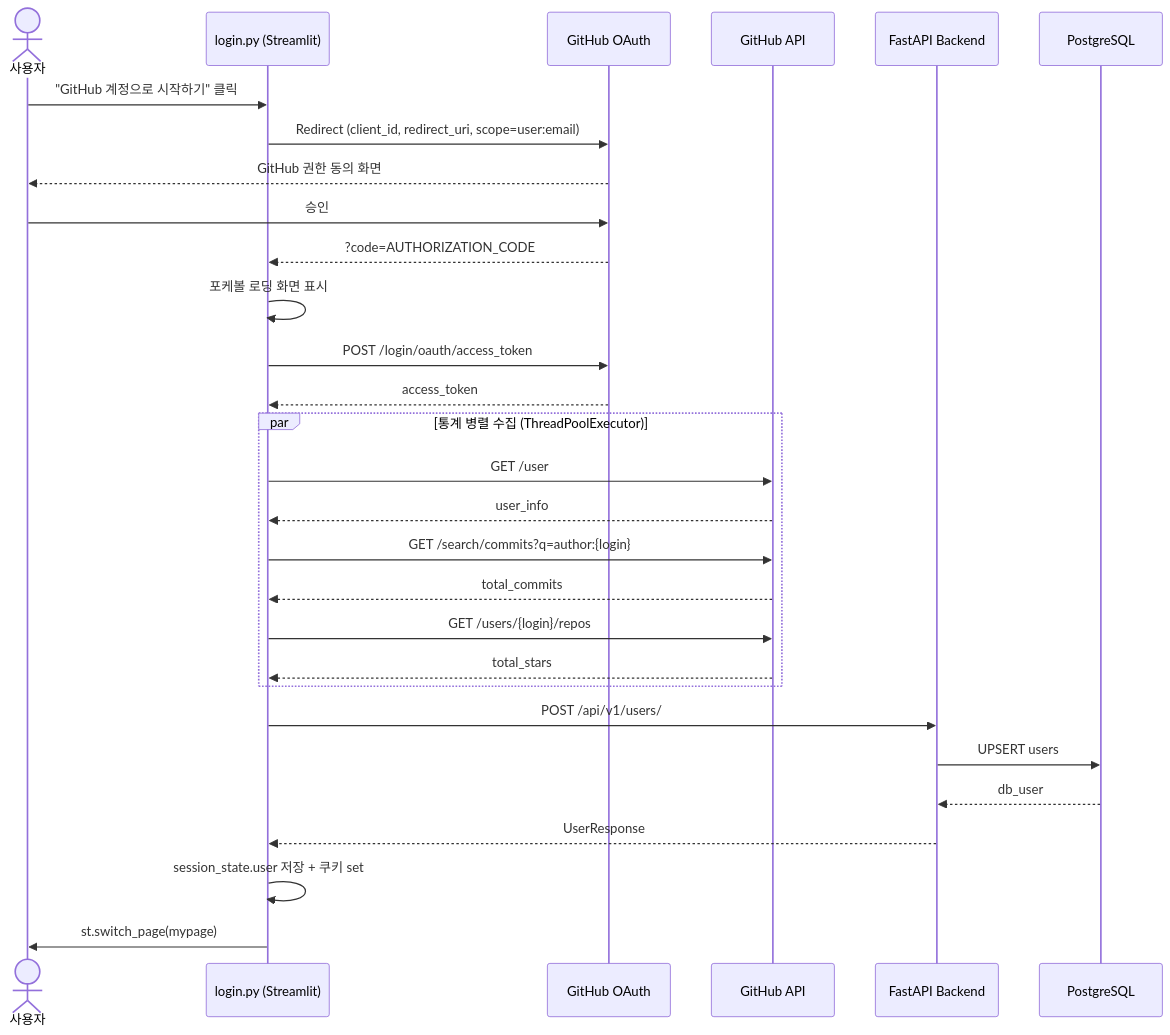
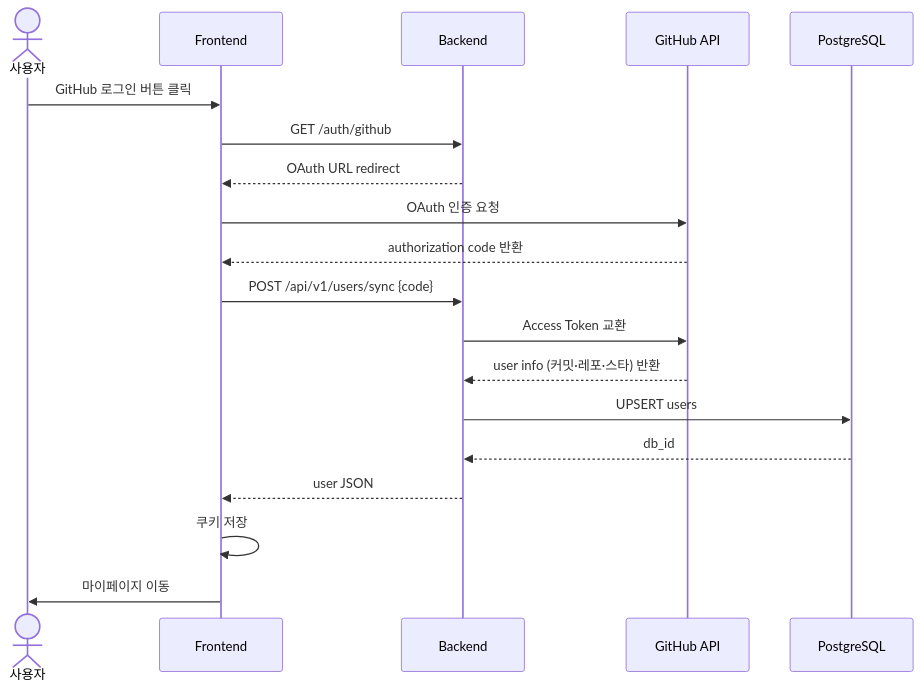
Before and after one commit to SKNETWORKS-FAMILY-AICAMP/SKN27-3rd-3TEAM: the sixth of 10 diagrams in README.md, drawn with Mermaid. The commit also changed other lines of this file and 1 other file, not shown here.

````diff
--- a/README.md
+++ b/README.md
@@ -328,36 +386,22 @@
 ```mermaid
 sequenceDiagram
     actor User as 사용자
-    participant FE as login.py (Streamlit)
-    participant GH_O as GitHub OAuth
-    participant GH_A as GitHub API
-    participant BE as FastAPI Backend
+    participant FE as Frontend
+    participant BE as Backend
+    participant GH as GitHub API
     participant DB as PostgreSQL
 
-    User->>FE: "GitHub 계정으로 시작하기" 클릭
-    FE->>GH_O: Redirect (client_id, redirect_uri, scope=user:email)
-    GH_O-->>User: GitHub 권한 동의 화면
-    User->>GH_O: 승인
-    GH_O-->>FE: ?code=AUTHORIZATION_CODE
-
-    FE->>FE: 포케볼 로딩 화면 표시
-    FE->>GH_O: POST /login/oauth/access_token
-    GH_O-->>FE: access_token
-
-    par 통계 병렬 수집 (ThreadPoolExecutor)
-        FE->>GH_A: GET /user
-        GH_A-->>FE: user_info
-        FE->>GH_A: GET /search/commits?q=author:{login}
-        GH_A-->>FE: total_commits
-        FE->>GH_A: GET /users/{login}/repos
-        GH_A-->>FE: total_stars
-    end
-
-    FE->>BE: POST /api/v1/users/
+    User->>FE: GitHub 로그인 버튼 클릭
+    FE->>BE: GET /auth/github
+    BE-->>FE: OAuth URL redirect
+    FE->>GH: OAuth 인증 요청
+    GH-->>FE: authorization code 반환
+    FE->>BE: POST /api/v1/users/sync {code}
+    BE->>GH: Access Token 교환
+    GH-->>BE: user info (커밋·레포·스타) 반환
     BE->>DB: UPSERT users
-    DB-->>BE: db_user
-    BE-->>FE: UserResponse
-
-    FE->>FE: session_state.user 저장 + 쿠키 set
-    FE->>User: st.switch_page(mypage)
+    DB-->>BE: db_id
+    BE-->>FE: user JSON
+    FE->>FE: 쿠키 저장
+    FE->>User: 마이페이지 이동
 ```
````
